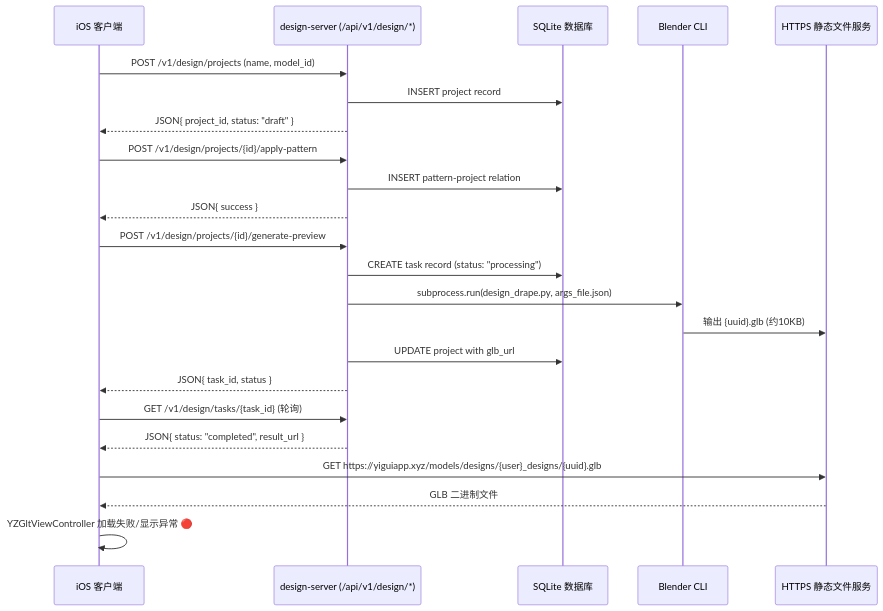
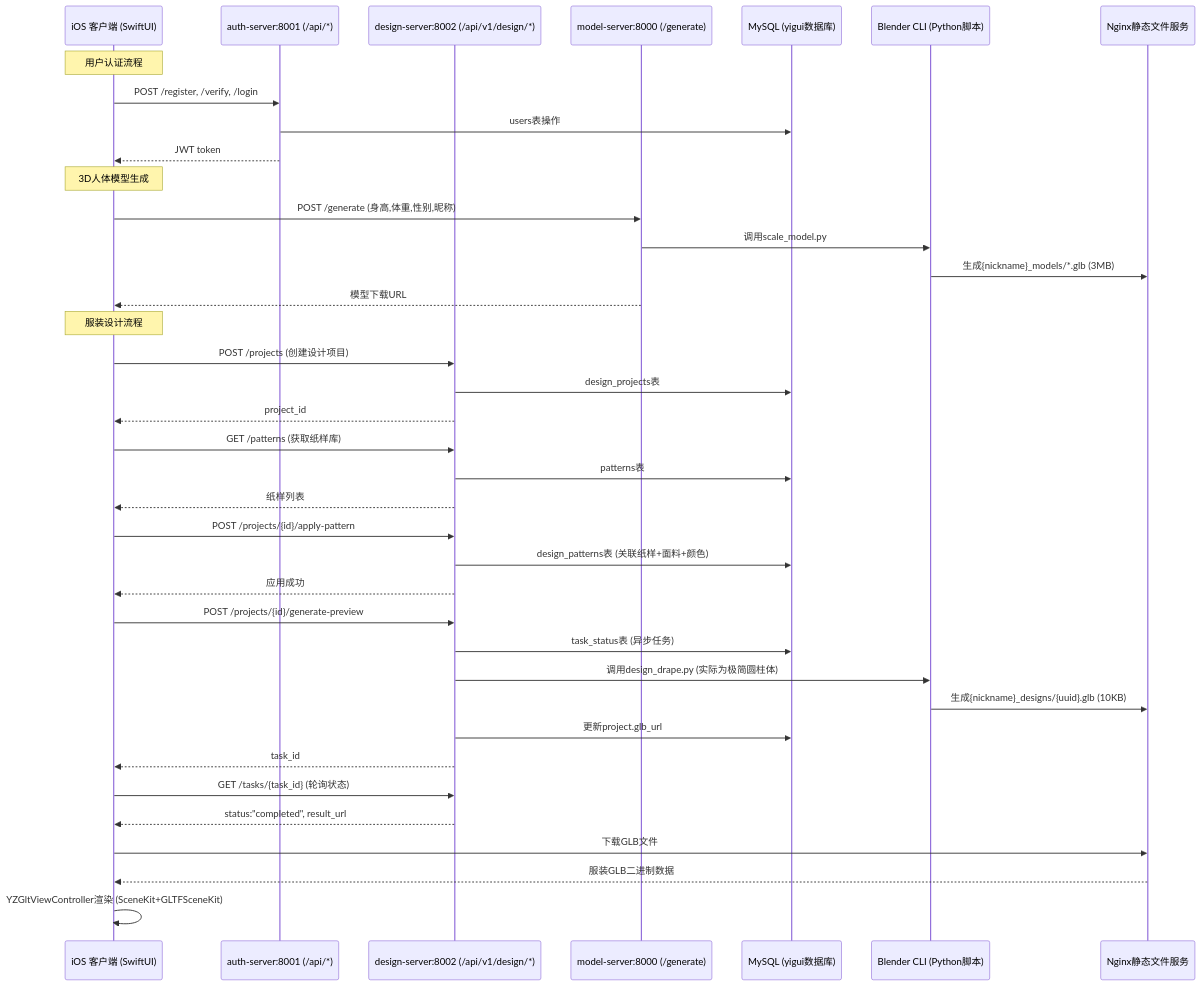
The diagram in ios/Yigui2/Yigui2/docs/Design_Feature_Audit.md (narmi924/YiguiApp), drawn with Mermaid before and after one commit. The commit also changed other lines of this file and 46 other files, not shown here.

````diff
--- a/ios/Yigui2/Yigui2/docs/Design_Feature_Audit.md
+++ b/ios/Yigui2/Yigui2/docs/Design_Feature_Audit.md
@@ -5,30 +5,48 @@
 ```mermaid
 sequenceDiagram
-    participant iOS as iOS 客户端
-    participant API as design-server (/api/v1/design/*)
-    participant DB as SQLite 数据库
-    participant Blender as Blender CLI
-    participant Store as HTTPS 静态文件服务
+    participant iOS as iOS 客户端 (SwiftUI)
+    participant AuthAPI as auth-server:8001 (/api/*)
+    participant DesignAPI as design-server:8002 (/api/v1/design/*)
+    participant ModelAPI as model-server:8000 (/generate)
+    participant MySQL as MySQL (yigui数据库)
+    participant Blender as Blender CLI (Python脚本)
+    participant Nginx as Nginx静态文件服务
     
-    iOS->>API: POST /v1/design/projects (name, model_id)
-    API->>DB: INSERT project record
-    API-->>iOS: JSON{ project_id, status: "draft" }
+    Note over iOS: 用户认证流程
+    iOS->>AuthAPI: POST /register, /verify, /login
+    AuthAPI->>MySQL: users表操作
+    AuthAPI-->>iOS: JWT token
     
-    iOS->>API: POST /v1/design/projects/{id}/apply-pattern
-    API->>DB: INSERT pattern-project relation
-    API-->>iOS: JSON{ success }
+    Note over iOS: 3D人体模型生成
+    iOS->>ModelAPI: POST /generate (身高,体重,性别,昵称)
+    ModelAPI->>Blender: 调用scale_model.py
+    Blender->>Nginx: 生成{nickname}_models/*.glb (3MB)
+    ModelAPI-->>iOS: 模型下载URL
     
-    iOS->>API: POST /v1/design/projects/{id}/generate-preview
-    API->>DB: CREATE task record (status: "processing")
-    API->>Blender: subprocess.run(design_drape.py, args_file.json)
-    Blender->>Store: 输出 {uuid}.glb (约10KB)
-    API->>DB: UPDATE project with glb_url
-    API-->>iOS: JSON{ task_id, status }
+    Note over iOS: 服装设计流程
+    iOS->>DesignAPI: POST /projects (创建设计项目)
+    DesignAPI->>MySQL: design_projects表
+    DesignAPI-->>iOS: project_id
     
-    iOS->>API: GET /v1/design/tasks/{task_id} (轮询)
-    API-->>iOS: JSON{ status: "completed", result_url }
+    iOS->>DesignAPI: GET /patterns (获取纸样库)
+    DesignAPI->>MySQL: patterns表
+    DesignAPI-->>iOS: 纸样列表
     
-    iOS->>Store: GET https://yiguiapp.xyz/models/designs/{user}_designs/{uuid}.glb
-    Store-->>iOS: GLB 二进制文件
-    iOS->>iOS: YZGltViewController 加载失败/显示异常 🔴
+    iOS->>DesignAPI: POST /projects/{id}/apply-pattern
+    DesignAPI->>MySQL: design_patterns表 (关联纸样+面料+颜色)
+    DesignAPI-->>iOS: 应用成功
+    
+    iOS->>DesignAPI: POST /projects/{id}/generate-preview
+    DesignAPI->>MySQL: task_status表 (异步任务)
+    DesignAPI->>Blender: 调用design_drape.py (实际为极简圆柱体)
+    Blender->>Nginx: 生成{nickname}_designs/{uuid}.glb (10KB)
+    DesignAPI->>MySQL: 更新project.glb_url
+    DesignAPI-->>iOS: task_id
+    
+    iOS->>DesignAPI: GET /tasks/{task_id} (轮询状态)
+    DesignAPI-->>iOS: status:"completed", result_url
+    
+    iOS->>Nginx: 下载GLB文件
+    Nginx-->>iOS: 服装GLB二进制数据
+    iOS->>iOS: YZGltViewController渲染 (SceneKit+GLTFSceneKit)
 ```
````
